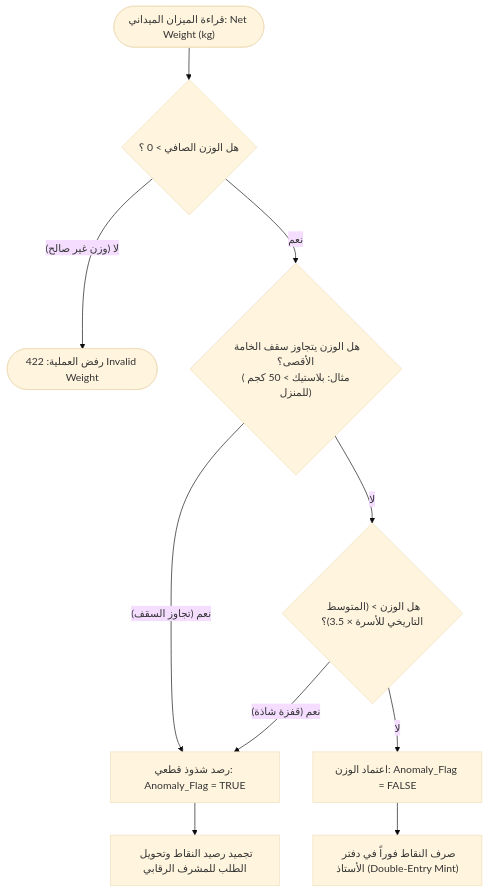
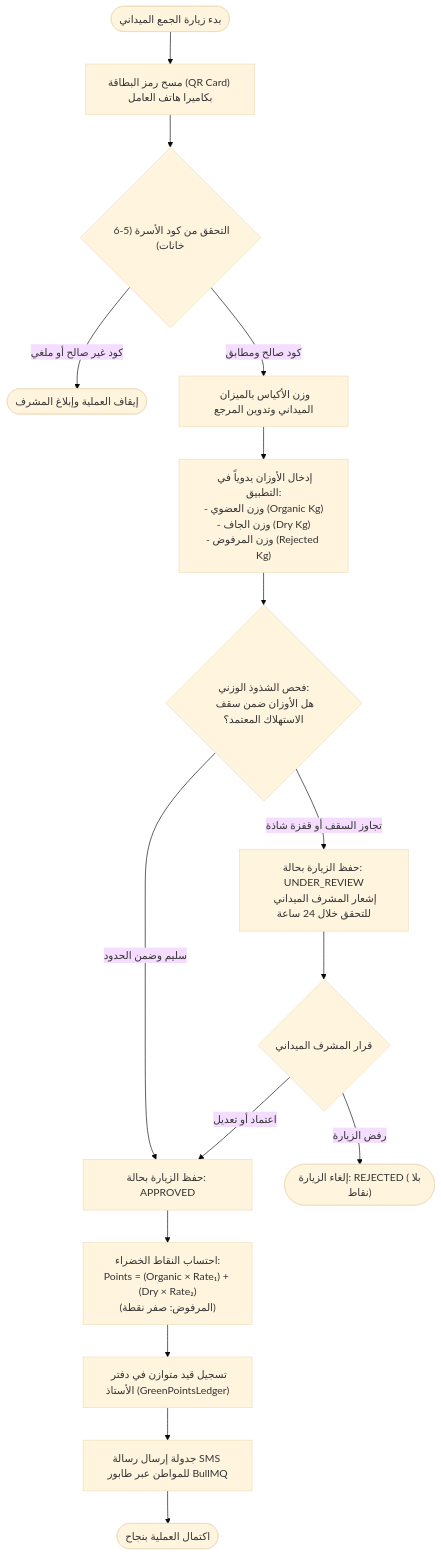
The fifth of 5 diagrams in README.md (A-S-Y/Athar), drawn with Mermaid (base theme) before and after one commit. The commit also changed other lines of this file and 21 other files, not shown here.

Commit message:
refactor: align full architecture, diagrams, and docs strictly with canonical operational blueprint

````diff
--- a/README.md
+++ b/README.md
@@ -317,16 +246,25 @@
 ```mermaid
 flowchart TD
-    WeightInput(["قراءة الميزان الميداني: Net Weight (kg)"]) --> CheckZero{"هل الوزن الصافي > 0 ؟"}
+    Start(["بدء زيارة الجمع الميداني"]) --> ScanQR["مسح رمز البطاقة (QR Card) بكاميرا هاتف العامل"]
+    ScanQR --> ResolveCode{"التحقق من كود الأسرة (5-6 خانات)"}
     
-    CheckZero -- "لا (وزن غير صالح)" --> RejectZero(["رفض العملية: 422 Invalid Weight"])
-    CheckZero -- "نعم" --> CheckAbsolute{"هل الوزن يتجاوز سقف الخامة الأقصى؟<br/>(مثال: بلاستيك > 50 كجم للمنزل)"}
-    
-    CheckAbsolute -- "نعم (تجاوز السقف)" --> FlagAnomaly["رصد شذوذ قطعي: Anomaly_Flag = TRUE"]
-    CheckAbsolute -- "لا" --> CheckHouseholdBaseline{"هل الوزن > (المتوسط التاريخي للأسرة × 3.5)؟"}
-    
-    CheckHouseholdBaseline -- "نعم (قفزة شاذة)" --> FlagAnomaly
-    CheckHouseholdBaseline -- "لا" --> Approve["اعتماد الوزن: Anomaly_Flag = FALSE"]
-    
-    FlagAnomaly --> HoldState["تجميد رصيد النقاط وتحويل الطلب للمشرف الرقابي"]
-    Approve --> MintLedger["صرف النقاط فوراً في دفتر الأستاذ (Double-Entry Mint)"]
+    ResolveCode -- "كود غير صالح أو ملغي" --> HaltScan(["إيقاف العملية وإبلاغ المشرف"])
+    ResolveCode -- "كود صالح ومطابق" --> ReadScale["وزن الأكياس بالميزان الميداني وتدوين المرجع"]
+
+    ReadScale --> InputWeights["إدخال الأوزان يدوياً في التطبيق:<br/>- وزن العضوي (Organic Kg)<br/>- وزن الجاف (Dry Kg)<br/>- وزن المرفوض (Rejected Kg)"]
+
+    InputWeights --> CheckLimits{"فحص الشذوذ الوزني:<br/>هل الأوزان ضمن سقف الاستهلاك المعتمد؟"}
+
+    CheckLimits -- "تجاوز السقف أو قفزة شاذة" --> FlagReview["حفظ الزيارة بحالة: UNDER_REVIEW<br/>إشعار المشرف الميداني للتحقق خلال 24 ساعة"]
+    CheckLimits -- "سليم وضمن الحدود" --> AutoApprove["حفظ الزيارة بحالة: APPROVED"]
+
+    FlagReview --> SupervisorAction{"قرار المشرف الميداني"}
+    SupervisorAction -- "رفض الزيارة" --> RejectVisit(["إلغاء الزيارة: REJECTED (بلا نقاط)"])
+    SupervisorAction -- "اعتماد أو تعديل" --> AutoApprove
+
+    AutoApprove --> CalcPoints["احتساب النقاط الخضراء:<br/>Points = (Organic × Rate₁) + (Dry × Rate₂)<br/>(المرفوض: صفر نقطة)"]
+
+    CalcPoints --> LedgerEntry["تسجيل قيد متوازن في دفتر الأستاذ (GreenPointsLedger)"]
+    LedgerEntry --> EnqueueSMS["جدولة إرسال رسالة SMS للمواطن عبر طابور BullMQ"]
+    EnqueueSMS --> EndSuccess(["اكتمال العملية بنجاح"])
 ```
````
